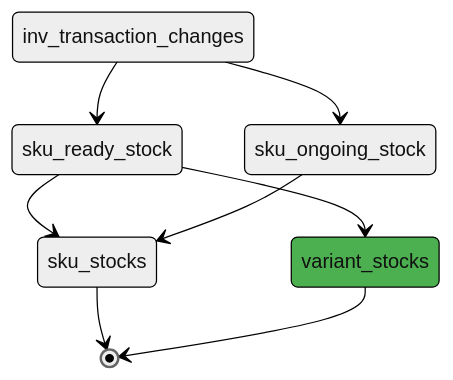
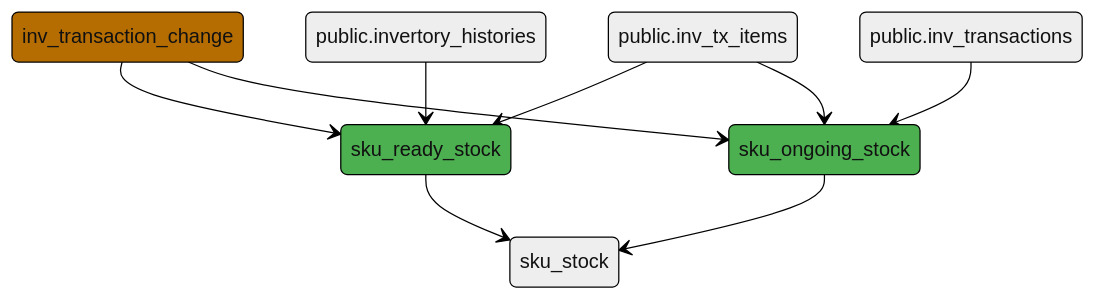
Before and after one commit to pdcgo/worker_stat: the diagram in streaming.mmd, drawn with Mermaid (neutral theme). The commit also changed 26 other files, not shown here.

```diff
--- a/streaming.mmd
+++ b/streaming.mmd
@@ -1,9 +1,13 @@
 stateDiagram-v2
-	sku_stocks--> [*]
-	variant_stocks--> [*]
-	style variant_stocks fill:#4CAF50
-	inv_transaction_changes--> sku_ready_stock
-	sku_ready_stock--> sku_stocks
-	inv_transaction_changes--> sku_ongoing_stock
-	sku_ongoing_stock--> sku_stocks
-	sku_ready_stock--> variant_stocks
+	inv_transaction_change--> sku_ready_stock
+	style inv_transaction_change fill:#b56d02
+	public.inv_tx_items--> sku_ready_stock
+	public.invertory_histories--> sku_ready_stock
+	sku_ready_stock--> sku_stock
+	style sku_ready_stock fill:#4CAF50
+	inv_transaction_change--> sku_ongoing_stock
+	style inv_transaction_change fill:#b56d02
+	public.inv_transactions--> sku_ongoing_stock
+	public.inv_tx_items--> sku_ongoing_stock
+	sku_ongoing_stock--> sku_stock
+	style sku_ongoing_stock fill:#4CAF50
```
